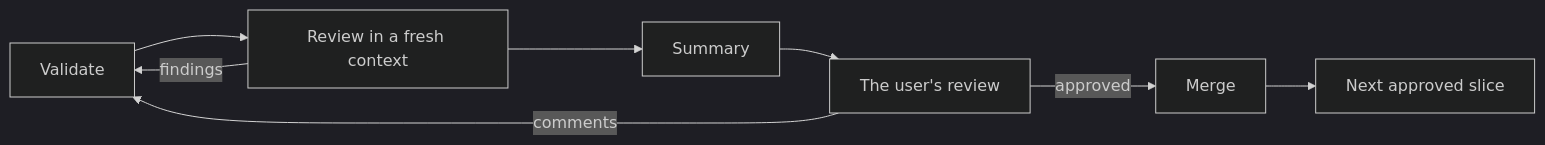
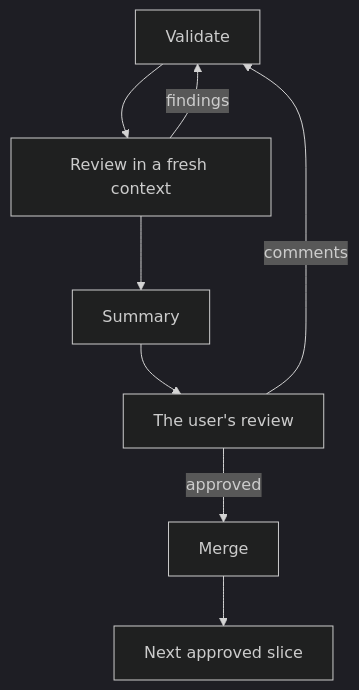
One commit to Konfus-org/Magic changed the diagram in docs/skills/finish/SKILL.md. Above: the diagram before and after it, drawn with Mermaid (dark theme). The commit also changed 6 other files, not shown here.

Commit message:
docs: draw wide diagrams top to bottom and give each diagram a full-size view

````diff
--- a/docs/skills/finish/SKILL.md
+++ b/docs/skills/finish/SKILL.md
@@ -12,7 +12,7 @@
 ```mermaid
-flowchart LR
+flowchart TD
     Validate --> Review[Review in a fresh context] --> Summary --> UserReview[The user's review]
     Review -- findings --> Validate
     UserReview -- comments --> Validate
     UserReview -- approved --> Merge --> Next[Next approved slice]
 ```
````
